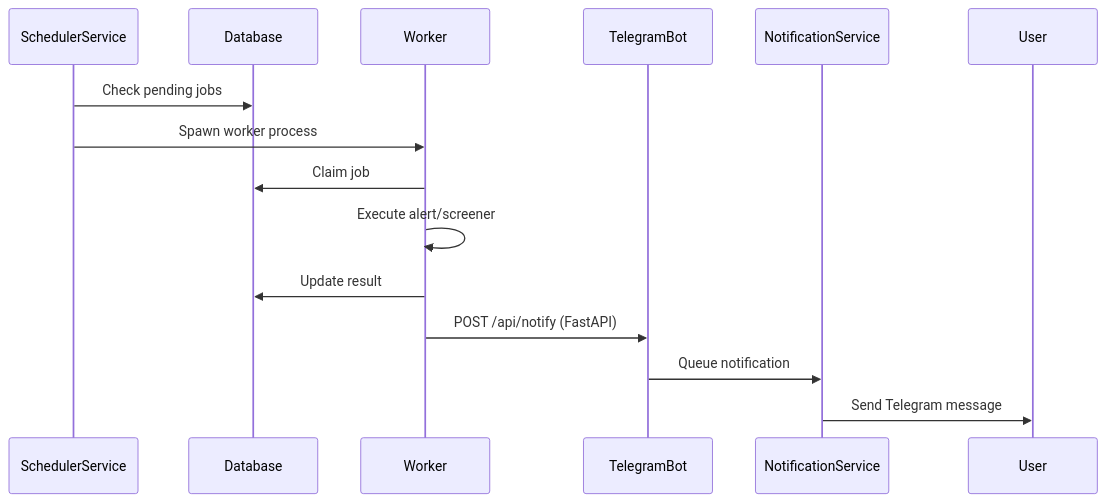
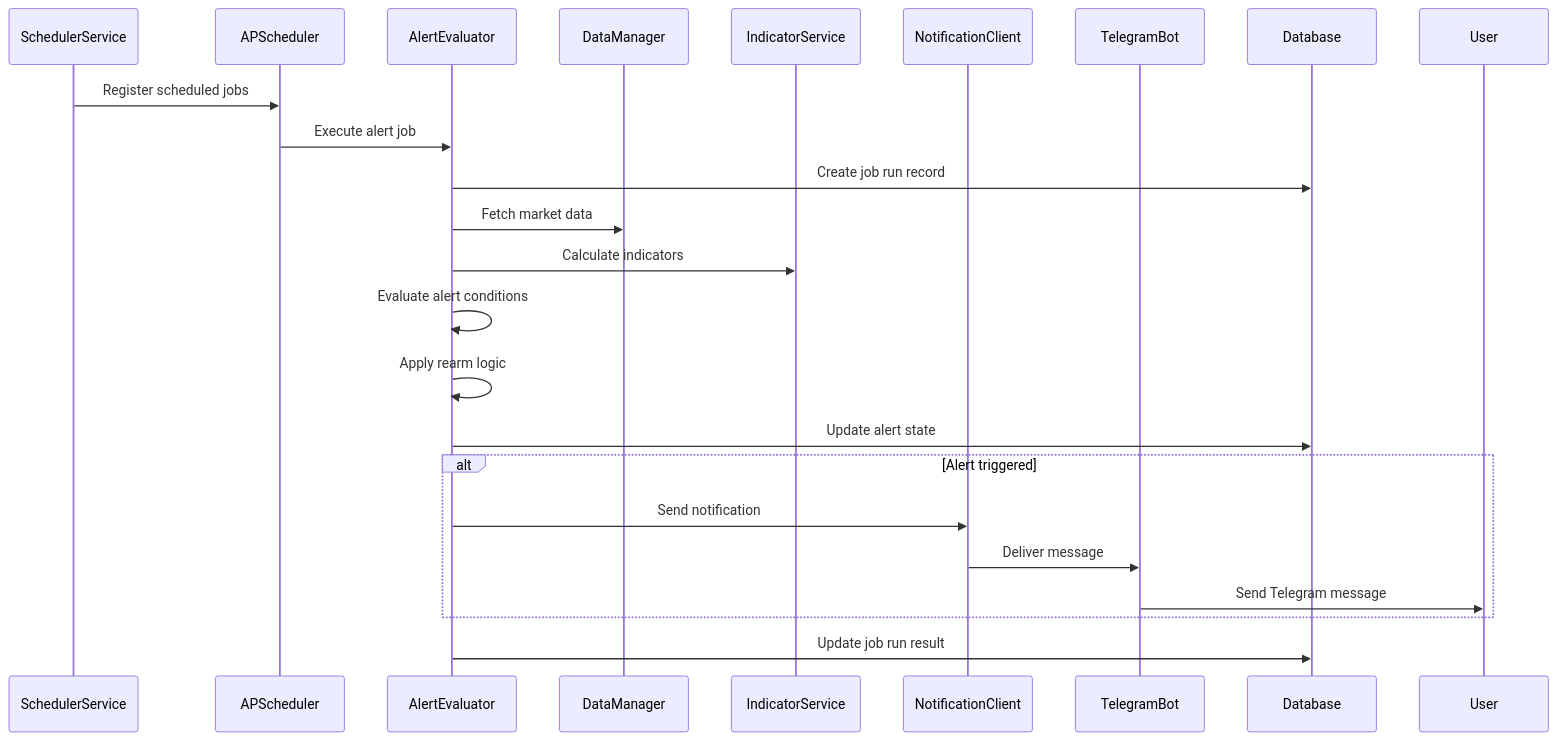
One commit to iwozere/e-trading changed the third of 4 diagrams in docs/HLA/background-services.md. Above: the diagram before and after it, drawn with Mermaid. The commit also changed other lines of this file and 19 other files, not shown here.

````diff
--- a/docs/HLA/background-services.md
+++ b/docs/HLA/background-services.md
@@ -168,17 +232,26 @@
 ```mermaid
 sequenceDiagram
     participant SchedulerService
+    participant APScheduler
+    participant AlertEvaluator
+    participant DataManager
+    participant IndicatorService
+    participant NotificationClient
+    participant TelegramBot
     participant Database
-    participant Worker
-    participant TelegramBot
-    participant NotificationService
     
-    SchedulerService->>Database: Check pending jobs
-    SchedulerService->>Worker: Spawn worker process
-    Worker->>Database: Claim job
-    Worker->>Worker: Execute alert/screener
-    Worker->>Database: Update result
-    Worker->>TelegramBot: POST /api/notify (FastAPI)
-    TelegramBot->>NotificationService: Queue notification
-    NotificationService->>User: Send Telegram message
+    SchedulerService->>APScheduler: Register scheduled jobs
+    APScheduler->>AlertEvaluator: Execute alert job
+    AlertEvaluator->>Database: Create job run record
+    AlertEvaluator->>DataManager: Fetch market data
+    AlertEvaluator->>IndicatorService: Calculate indicators
+    AlertEvaluator->>AlertEvaluator: Evaluate alert conditions
+    AlertEvaluator->>AlertEvaluator: Apply rearm logic
+    AlertEvaluator->>Database: Update alert state
+    alt Alert triggered
+        AlertEvaluator->>NotificationClient: Send notification
+        NotificationClient->>TelegramBot: Deliver message
+        TelegramBot->>User: Send Telegram message
+    end
+    AlertEvaluator->>Database: Update job run result
 ```
````
